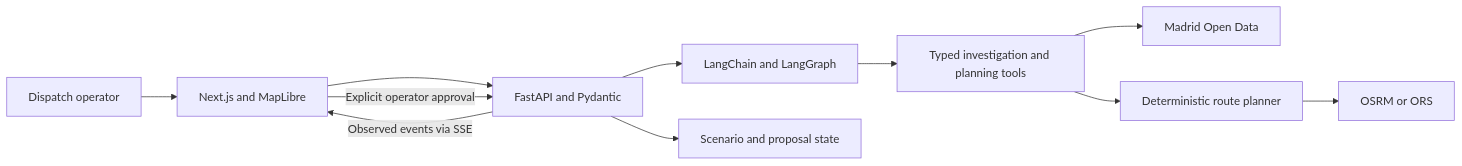
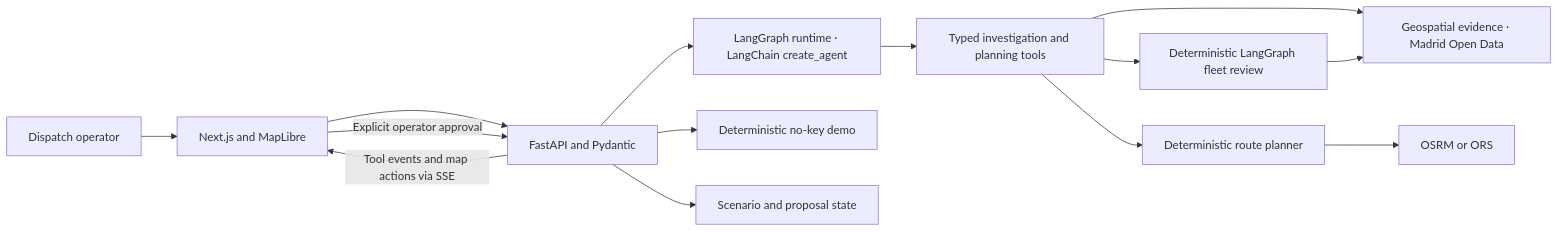
One commit to alexgomezz9/curbops-ai changed the diagram in README.md. Above: the diagram before and after it, drawn with Mermaid. The commit also changed other lines of this file and 4 other files, not shown here.

```diff
--- a/README.md
+++ b/README.md
@@ -85,13 +95,16 @@
 ~~~mermaid
 flowchart LR
     Operator[Dispatch operator] --> UI[Next.js and MapLibre]
     UI --> API[FastAPI and Pydantic]
-    API --> Agent[LangChain and LangGraph]
+    API --> Agent["LangGraph runtime · LangChain create_agent"]
+    API --> Demo[Deterministic no-key demo]
     Agent --> Tools[Typed investigation and planning tools]
-    Tools --> Evidence[Madrid Open Data]
+    Tools --> Evidence["Geospatial evidence · Madrid Open Data"]
+    Tools --> FleetGraph[Deterministic LangGraph fleet review]
+    FleetGraph --> Evidence
     Tools --> Planner[Deterministic route planner]
     Planner --> Roads[OSRM or ORS]
     API --> State[Scenario and proposal state]
-    API -->|Observed events via SSE| UI
+    API -->|Tool events and map actions via SSE| UI
     UI -->|Explicit operator approval| API
 ~~~
```
